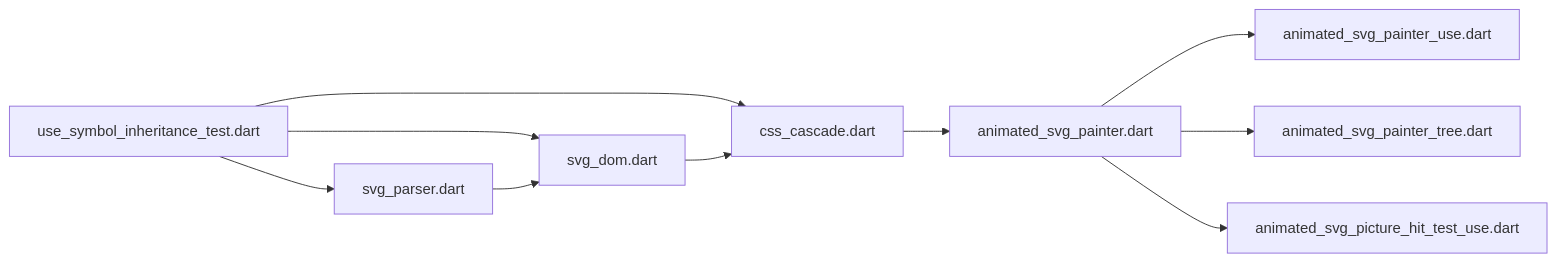
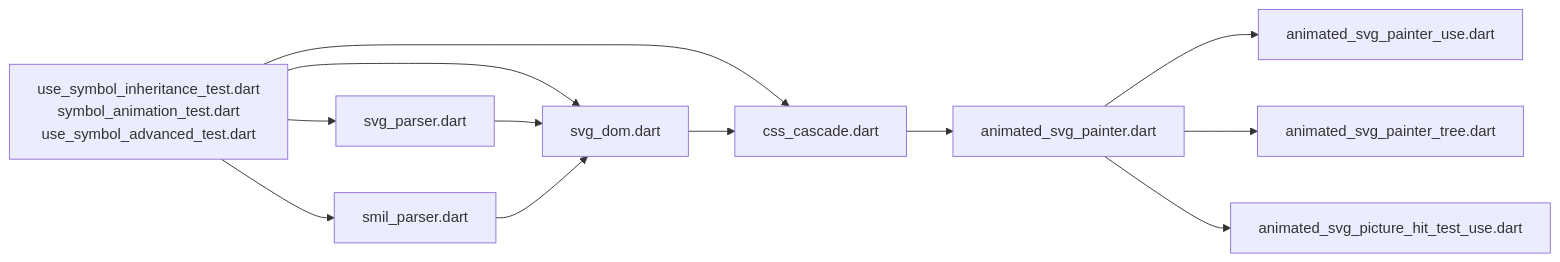
The tenth of 10 diagrams in .qoder/repowiki/en/content/Advanced Features/Use Element Symbol Inheritance.md (denisnadey/flutter_full_svg_support), drawn with Mermaid before and after one commit. The commit also changed other lines of this file and 20 other files, not shown here.

````diff
--- a/.qoder/repowiki/en/content/Advanced Features/Use Element Symbol Inheritance.md
+++ b/.qoder/repowiki/en/content/Advanced Features/Use Element Symbol Inheritance.md
@@ -454,12 +577,14 @@
 ```mermaid
 graph LR
-Tests["use_symbol_inheritance_test.dart"] --> Parser["svg_parser.dart"]
+Tests["use_symbol_inheritance_test.dart<br/>symbol_animation_test.dart<br/>use_symbol_advanced_test.dart"] --> Parser["svg_parser.dart"]
+Tests --> SMIL["smil_parser.dart"]
 Tests --> CSS["css_cascade.dart"]
 Tests --> DOM["svg_dom.dart"]
 Parser --> DOM
+SMIL --> DOM
 DOM --> CSS
 CSS --> Painter["animated_svg_painter.dart"]
 Painter --> UseExt["animated_svg_painter_use.dart"]
 Painter --> TreeExt["animated_svg_painter_tree.dart"]
 Painter --> HitExt["animated_svg_picture_hit_test_use.dart"]
 ```
````
